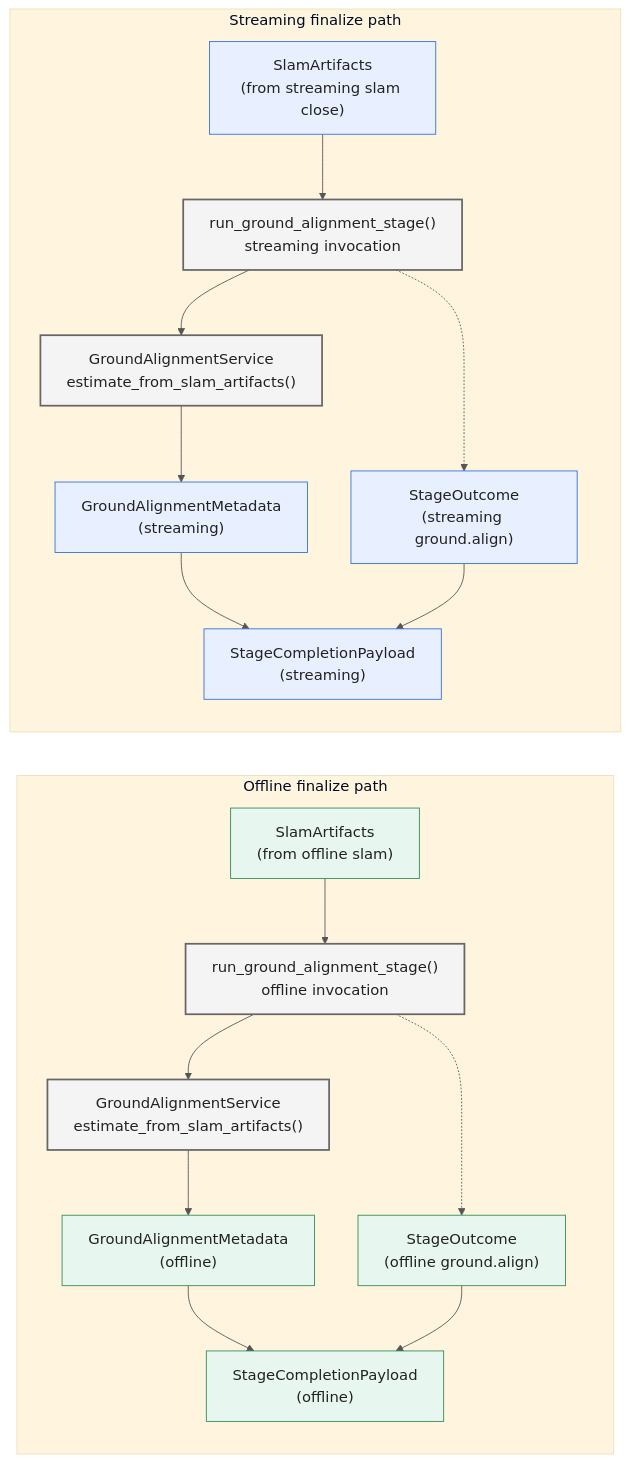
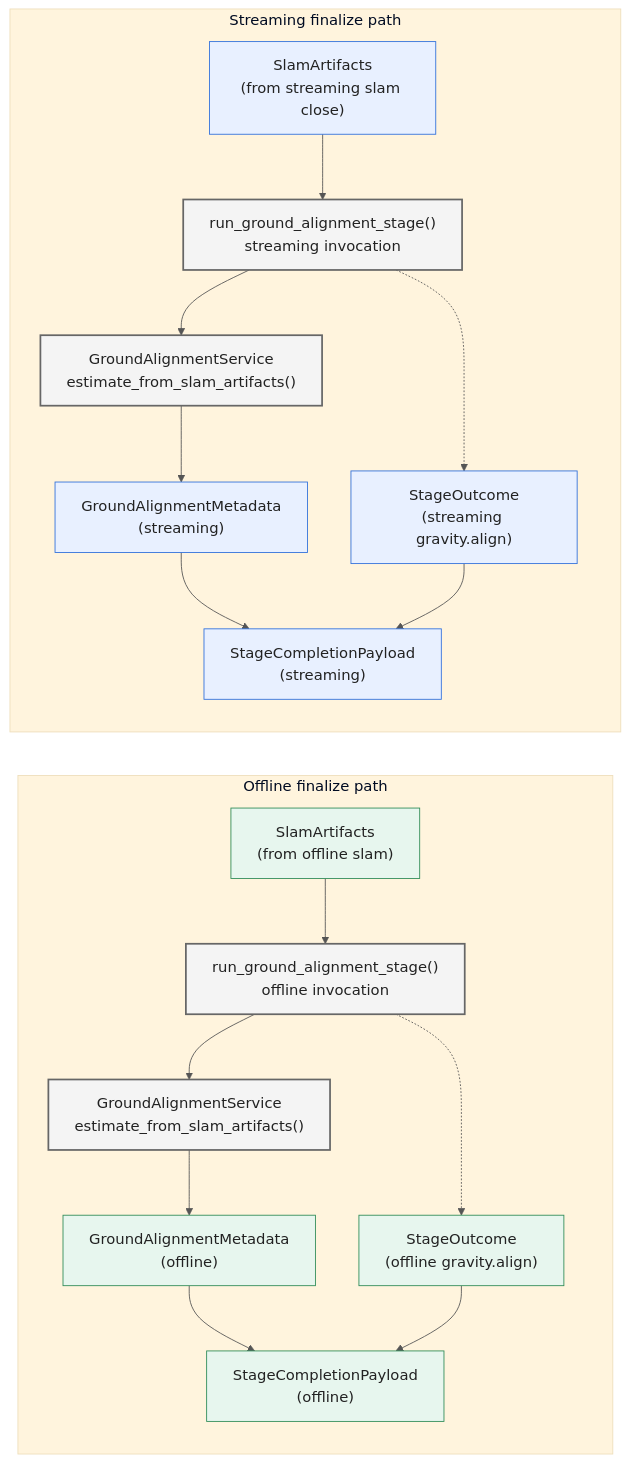
Before and after one commit to JanDuchscherer104/prml-vslam: the fifth of 8 diagrams in docs/architecture/pipeline-stage-protocols-and-dtos.md, drawn with Mermaid. The commit also changed other lines of this file and 54 other files, not shown here.

````diff
--- a/docs/architecture/pipeline-stage-protocols-and-dtos.md
+++ b/docs/architecture/pipeline-stage-protocols-and-dtos.md
@@ -385,66 +385,66 @@
 ```mermaid
 %%{init: {
   "theme": "base",
   "themeVariables": {
     "fontSize": "17px",
     "primaryColor": "#ECECFF",
     "primaryBorderColor": "#9370DB",
     "lineColor": "#555555",
     "tertiaryColor": "#FFF4DD"
   }
 }}%%
 flowchart LR
     subgraph Offline["Offline finalize path"]
         OfflineArtifacts["SlamArtifacts<br/>(from offline slam)"]
         OfflineStage["run_ground_alignment_stage()<br/>offline invocation"]
         OfflineService["GroundAlignmentService<br/>estimate_from_slam_artifacts()"]
         OfflineMetadata["GroundAlignmentMetadata<br/>(offline)"]
-        OfflineOutcome["StageOutcome<br/>(offline ground.align)"]
+        OfflineOutcome["StageOutcome<br/>(offline gravity.align)"]
         OfflinePayload["StageCompletionPayload<br/>(offline)"]
 
         OfflineArtifacts --> OfflineStage
         OfflineStage --> OfflineService
         OfflineService --> OfflineMetadata
         OfflineStage -.-> OfflineOutcome
         OfflineMetadata --> OfflinePayload
         OfflineOutcome --> OfflinePayload
     end
 
     subgraph Streaming["Streaming finalize path"]
         StreamingArtifacts["SlamArtifacts<br/>(from streaming slam close)"]
         StreamingStage["run_ground_alignment_stage()<br/>streaming invocation"]
         StreamingService["GroundAlignmentService<br/>estimate_from_slam_artifacts()"]
         StreamingMetadata["GroundAlignmentMetadata<br/>(streaming)"]
-        StreamingOutcome["StageOutcome<br/>(streaming ground.align)"]
+        StreamingOutcome["StageOutcome<br/>(streaming gravity.align)"]
         StreamingPayload["StageCompletionPayload<br/>(streaming)"]
 
         StreamingArtifacts --> StreamingStage
         StreamingStage --> StreamingService
         StreamingService --> StreamingMetadata
         StreamingStage -.-> StreamingOutcome
         StreamingMetadata --> StreamingPayload
         StreamingOutcome --> StreamingPayload
     end
 
     classDef compute fill:#F4F4F4,stroke:#666666,stroke-width:2px,color:#222222;
     classDef offlineData fill:#E7F6EE,stroke:#2E8B57,color:#222222;
     classDef streamingData fill:#E8F0FF,stroke:#2F6FDB,color:#222222;
 
     class OfflineArtifacts,OfflineMetadata,OfflineOutcome,OfflinePayload offlineData;
     class OfflineStage,OfflineService compute;
     class StreamingArtifacts,StreamingMetadata,StreamingOutcome,StreamingPayload streamingData;
     class StreamingStage,StreamingService compute;
 
     click OfflineArtifacts "../../src/prml_vslam/interfaces/slam.py#L30" "SlamArtifacts"
     click OfflineStage "../../src/prml_vslam/pipeline/ray_runtime/stage_execution.py#L177" "run_ground_alignment_stage"
     click OfflineService "../../src/prml_vslam/alignment/services.py#L65" "GroundAlignmentService"
     click OfflineMetadata "../../src/prml_vslam/interfaces/alignment.py#L29" "GroundAlignmentMetadata"
     click OfflineOutcome "../../src/prml_vslam/pipeline/contracts/events.py#L47" "StageOutcome"
         click OfflinePayload "../../src/prml_vslam/pipeline/ray_runtime/stage_program.py#L60" "StageCompletionPayload"
     click StreamingArtifacts "../../src/prml_vslam/interfaces/slam.py#L30" "SlamArtifacts"
     click StreamingStage "../../src/prml_vslam/pipeline/ray_runtime/stage_execution.py#L177" "run_ground_alignment_stage"
     click StreamingService "../../src/prml_vslam/alignment/services.py#L65" "GroundAlignmentService"
     click StreamingMetadata "../../src/prml_vslam/interfaces/alignment.py#L29" "GroundAlignmentMetadata"
     click StreamingOutcome "../../src/prml_vslam/pipeline/contracts/events.py#L47" "StageOutcome"
         click StreamingPayload "../../src/prml_vslam/pipeline/ray_runtime/stage_program.py#L60" "StageCompletionPayload"
 ```
````
